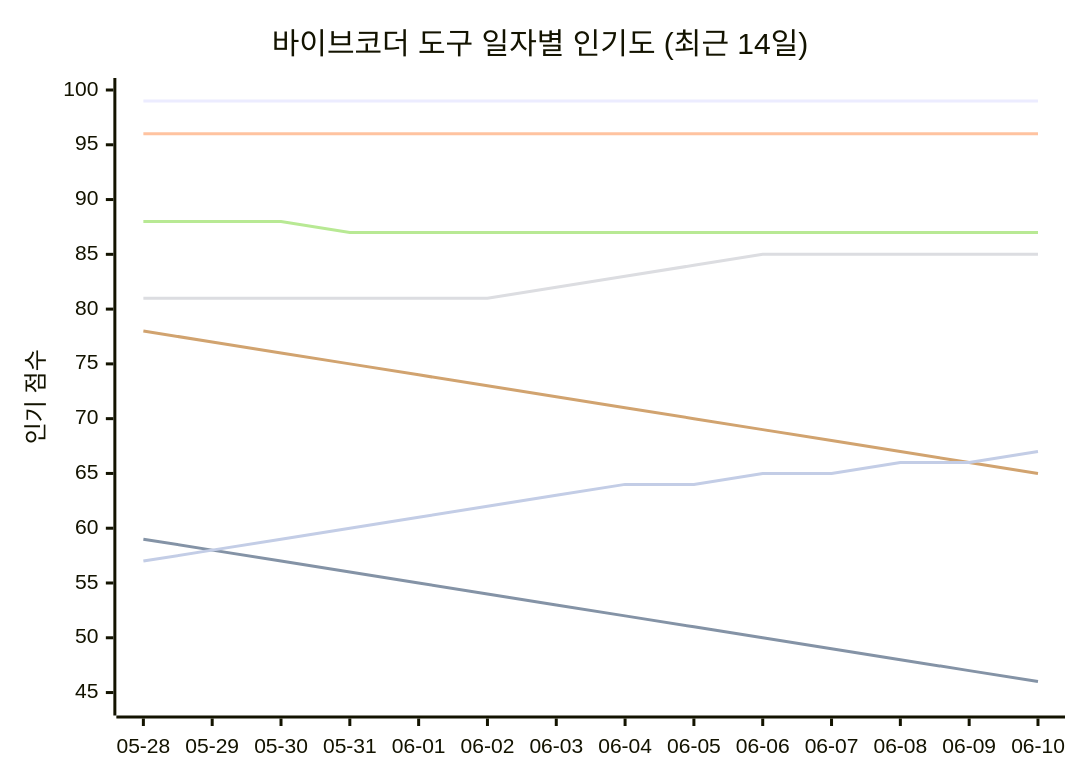
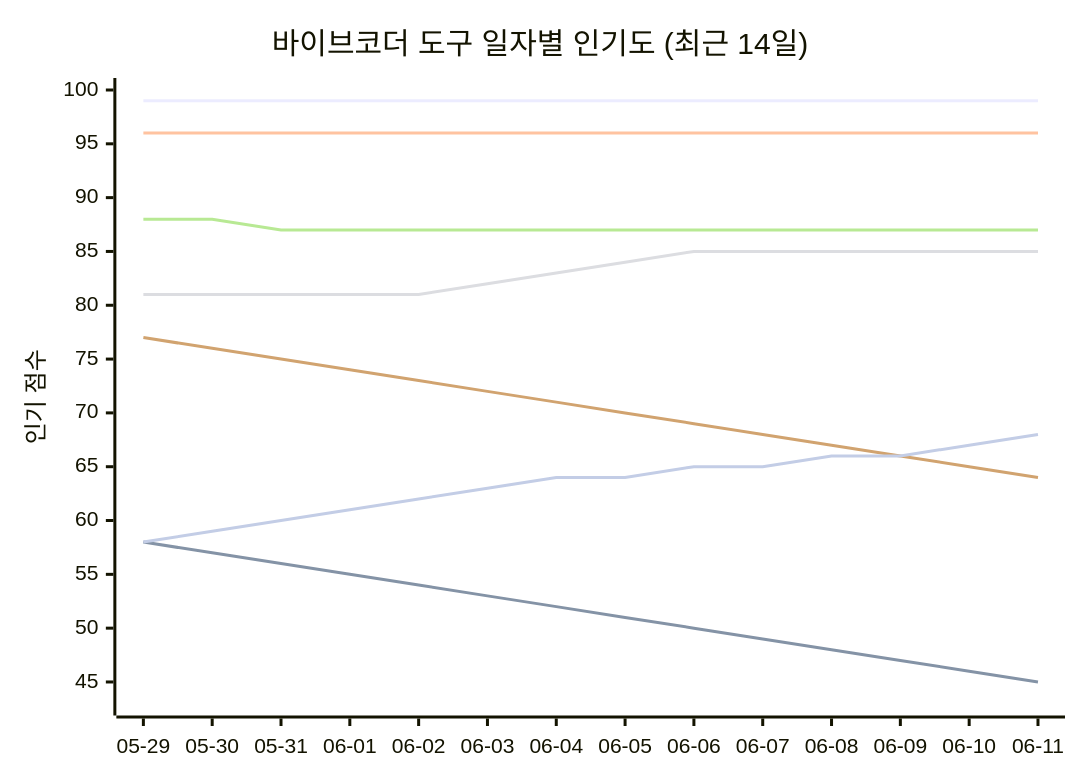
One commit to tykimos/ai-whatchelin changed the seventh of 11 diagrams in README_ko.md. Above: the diagram before and after it, drawn with Mermaid. The commit also changed other lines of this file and 4 other files, not shown here.

````diff
--- a/README_ko.md
+++ b/README_ko.md
@@ -1473,13 +1481,13 @@
 ```mermaid
 xychart-beta
     title "바이브코더 도구 일자별 인기도 (최근 14일)"
-    x-axis ["05-28", "05-29", "05-30", "05-31", "06-01", "06-02", "06-03", "06-04", "06-05", "06-06", "06-07", "06-08", "06-09", "06-10"]
-    y-axis "인기 점수" 44 --> 100
+    x-axis ["05-29", "05-30", "05-31", "06-01", "06-02", "06-03", "06-04", "06-05", "06-06", "06-07", "06-08", "06-09", "06-10", "06-11"]
+    y-axis "인기 점수" 43 --> 100
     line "Claude Code" [99, 99, 99, 99, 99, 99, 99, 99, 99, 99, 99, 99, 99, 99]
-    line "GH Copilot" [59, 58, 57, 56, 55, 54, 53, 52, 51, 50, 49, 48, 47, 46]
+    line "GH Copilot" [58, 57, 56, 55, 54, 53, 52, 51, 50, 49, 48, 47, 46, 45]
     line "Cursor" [96, 96, 96, 96, 96, 96, 96, 96, 96, 96, 96, 96, 96, 96]
-    line "Windsurf" [81, 81, 81, 81, 81, 81, 82, 83, 84, 85, 85, 85, 85, 85]
-    line "Codex CLI" [88, 88, 88, 87, 87, 87, 87, 87, 87, 87, 87, 87, 87, 87]
-    line "Gemini CLI" [78, 77, 76, 75, 74, 73, 72, 71, 70, 69, 68, 67, 66, 65]
-    line "Antigravity" [57, 58, 59, 60, 61, 62, 63, 64, 64, 65, 65, 66, 66, 67]
+    line "Windsurf" [81, 81, 81, 81, 81, 82, 83, 84, 85, 85, 85, 85, 85, 85]
+    line "Codex CLI" [88, 88, 87, 87, 87, 87, 87, 87, 87, 87, 87, 87, 87, 87]
+    line "Gemini CLI" [77, 76, 75, 74, 73, 72, 71, 70, 69, 68, 67, 66, 65, 64]
+    line "Antigravity" [58, 59, 60, 61, 62, 63, 64, 64, 65, 65, 66, 66, 67, 68]
 ```
````
